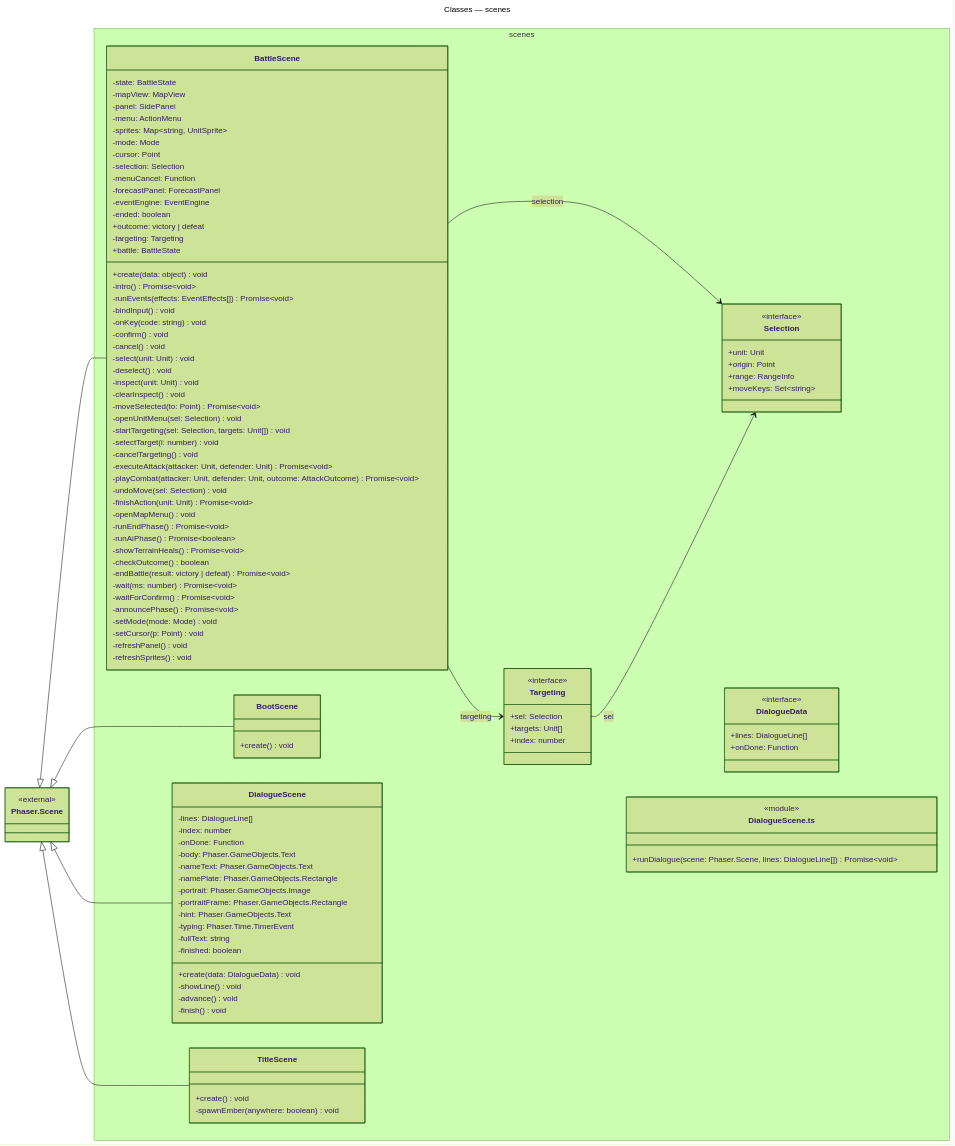
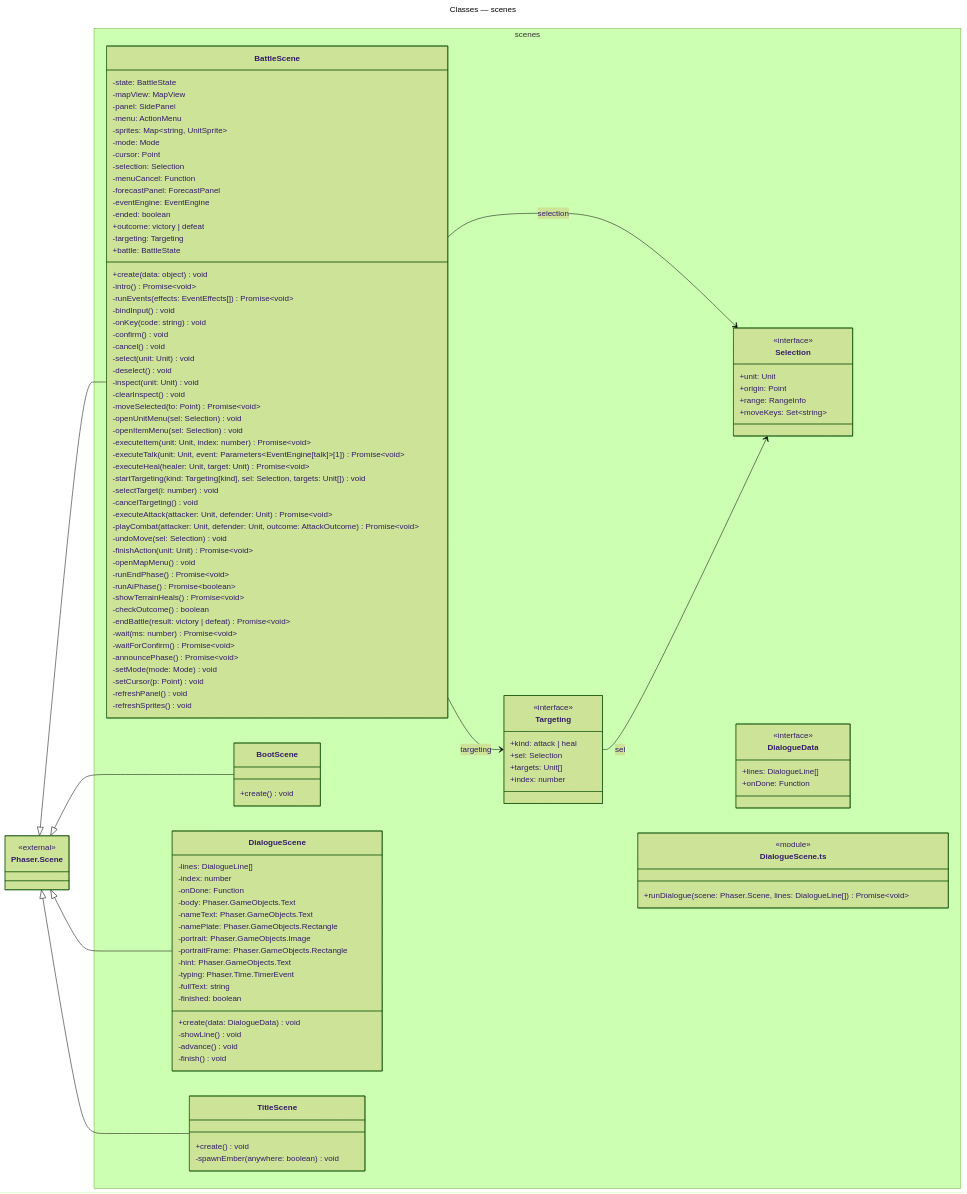
The fifth of 5 diagrams in docs/diagrams/classes.md (Pitossomos/fire-crest), drawn with Mermaid (forest theme) before and after one commit. The commit also changed other lines of this file and 14 other files, not shown here.

```diff
--- a/docs/diagrams/classes.md
+++ b/docs/diagrams/classes.md
@@ -914,7 +977,11 @@
       -clearInspect() void
       -moveSelected(to: Point) Promise~void~
       -openUnitMenu(sel: Selection) void
-      -startTargeting(sel: Selection, targets: Unit[]) void
+      -openItemMenu(sel: Selection) void
+      -executeItem(unit: Unit, index: number) Promise~void~
+      -executeTalk(unit: Unit, event: Parameters~EventEngine[talk]~[1]) Promise~void~
+      -executeHeal(healer: Unit, target: Unit) Promise~void~
+      -startTargeting(kind: Targeting[kind], sel: Selection, targets: Unit[]) void
       -selectTarget(i: number) void
       -cancelTargeting() void
       -executeAttack(attacker: Unit, defender: Unit) Promise~void~
@@ -937,6 +1004,7 @@
     }
     class Targeting {
       <<interface>>
+      +kind: attack | heal
       +sel: Selection
       +targets: Unit[]
       +index: number
```
